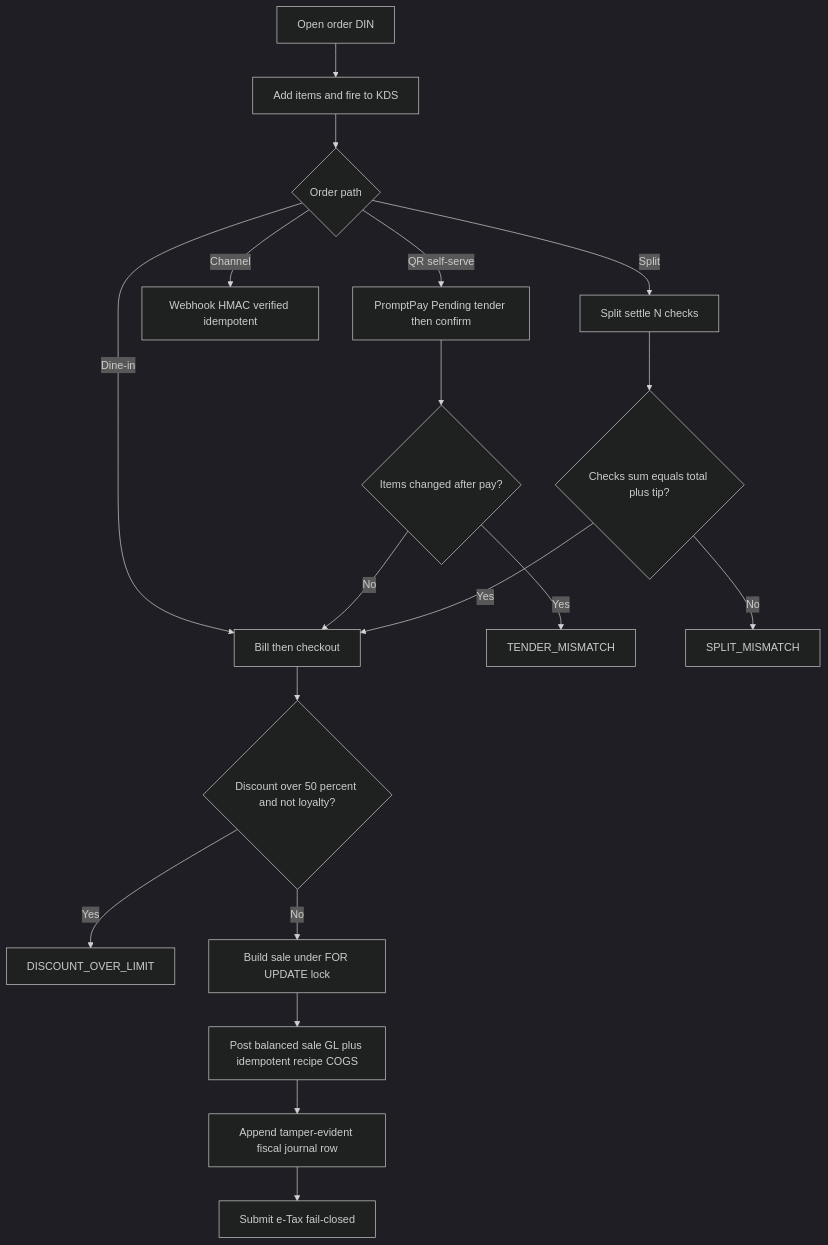
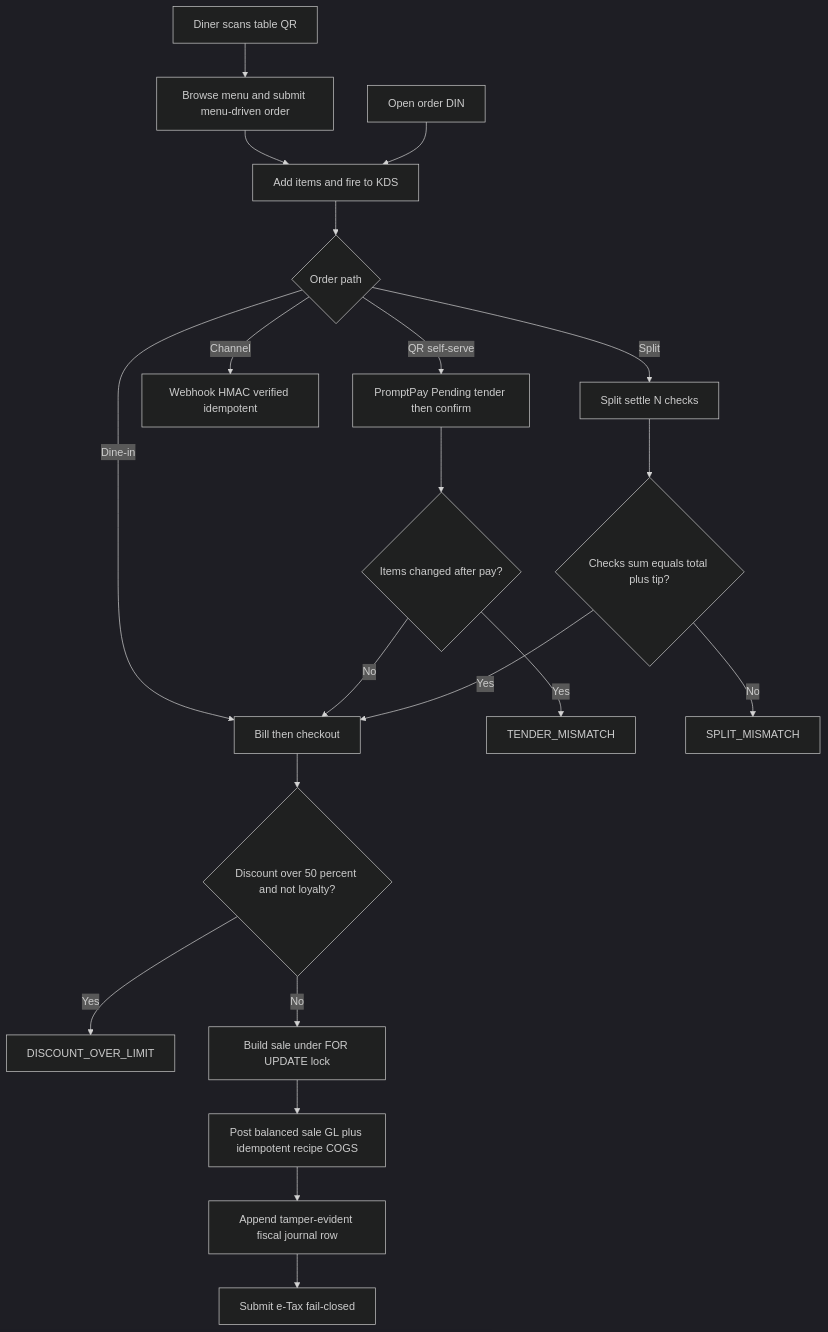
One commit to wayla69/invisibleERP changed the diagram in docs/process-narratives/20-restaurant-operations.md. Above: the diagram before and after it, drawn with Mermaid (dark theme). The commit also changed other lines of this file and 9 other files, not shown here.

First line of the commit message:
feat(restaurant): QR self-ordering (Phase 1) — diner menu + auto-fire to KDS

````diff
--- a/docs/process-narratives/20-restaurant-operations.md
+++ b/docs/process-narratives/20-restaurant-operations.md
@@ -123,21 +125,23 @@
 ```mermaid
 flowchart TD
+    S[Diner scans table QR] --> S2[Browse menu and submit menu-driven order]
+    S2 --> B
     A[Open order DIN] --> B[Add items and fire to KDS]
     B --> C{Order path}
     C -->|Dine-in| D[Bill then checkout]
     C -->|QR self-serve| E[PromptPay Pending tender then confirm]
     C -->|Channel| F[Webhook HMAC verified idempotent]
     C -->|Split| G[Split settle N checks]
     E --> H{Items changed after pay?}
     H -->|Yes| I[TENDER_MISMATCH]
     H -->|No| D
     G --> J{Checks sum equals total plus tip?}
     J -->|No| K[SPLIT_MISMATCH]
     J -->|Yes| D
     D --> L{Discount over 50 percent and not loyalty?}
     L -->|Yes| M[DISCOUNT_OVER_LIMIT]
     L -->|No| N[Build sale under FOR UPDATE lock]
     N --> O[Post balanced sale GL plus idempotent recipe COGS]
     O --> P[Append tamper-evident fiscal journal row]
     P --> Q[Submit e-Tax fail-closed]
 ```
````
